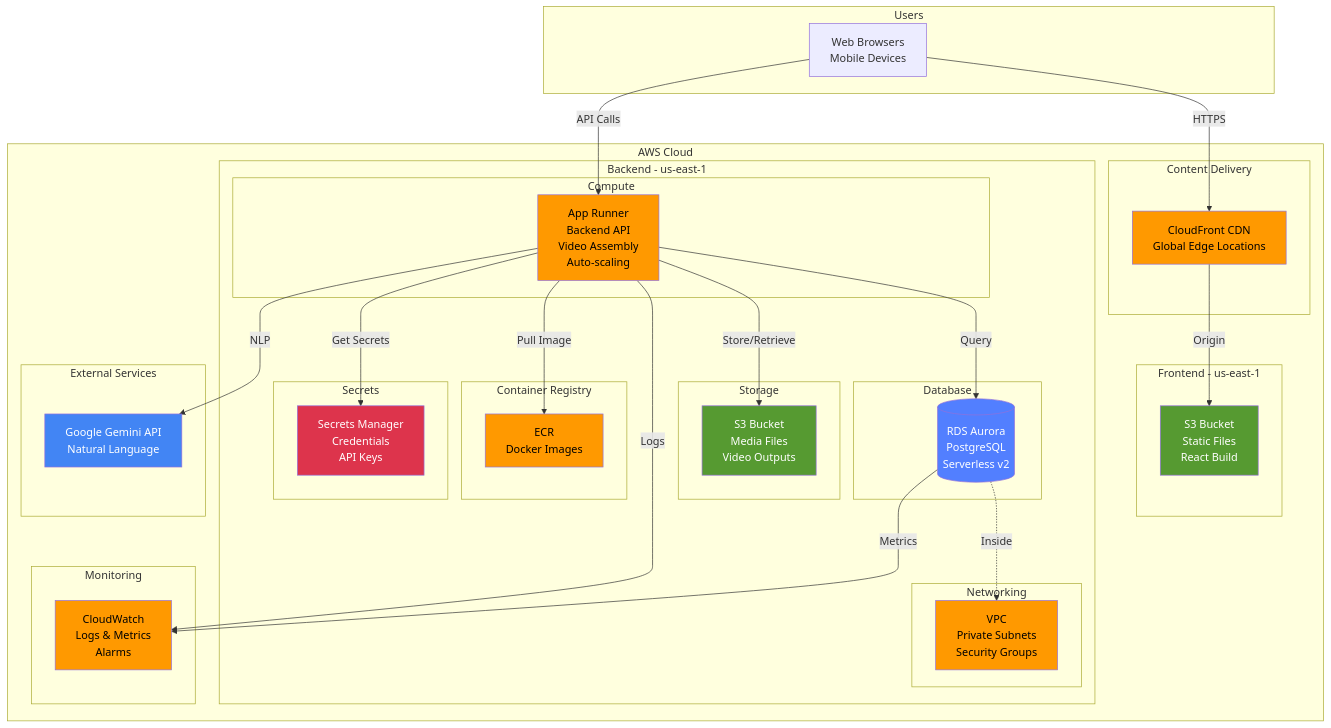
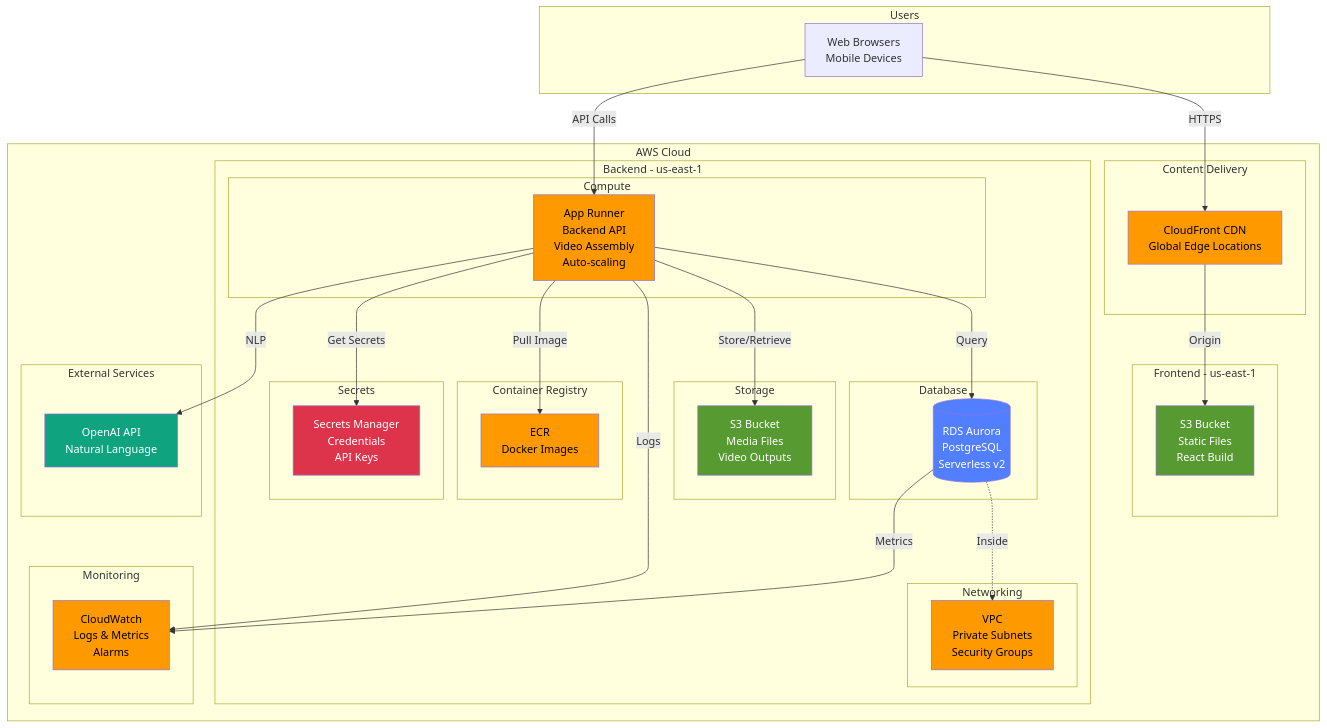
The second of 6 diagrams in ARCHITECTURE.md (erickrex/bachata_buddy), drawn with Mermaid before and after one commit. The commit also changed other lines of this file and 33 other files, not shown here.

````diff
--- a/ARCHITECTURE.md
+++ b/ARCHITECTURE.md
@@ -77,73 +77,73 @@
 ```mermaid
 graph TB
     subgraph "Users"
         U[Web Browsers<br/>Mobile Devices]
     end
     
     subgraph "AWS Cloud"
         subgraph "Content Delivery"
             CF[CloudFront CDN<br/>Global Edge Locations]
         end
         
         subgraph "Frontend - us-east-1"
             S3F[S3 Bucket<br/>Static Files<br/>React Build]
         end
         
         subgraph "Backend - us-east-1"
             subgraph "Compute"
                 AR1[App Runner<br/>Backend API<br/>Video Assembly<br/>Auto-scaling]
             end
             
             subgraph "Storage"
                 S3M[S3 Bucket<br/>Media Files<br/>Video Outputs]
             end
             
             subgraph "Database"
                 RDS[(RDS Aurora<br/>PostgreSQL<br/>Serverless v2)]
             end
             
             subgraph "Container Registry"
                 ECR[ECR<br/>Docker Images]
             end
             
             subgraph "Secrets"
                 SM[Secrets Manager<br/>Credentials<br/>API Keys]
             end
             
             subgraph "Networking"
                 VPC[VPC<br/>Private Subnets<br/>Security Groups]
             end
         end
         
         subgraph "Monitoring"
             CW[CloudWatch<br/>Logs & Metrics<br/>Alarms]
         end
         
         subgraph "External Services"
-            GEMINI[Google Gemini API<br/>Natural Language]
+            OPENAI[OpenAI API<br/>Natural Language]
         end
     end
     
     U -->|HTTPS| CF
     CF -->|Origin| S3F
     U -->|API Calls| AR1
     AR1 -->|Query| RDS
     AR1 -->|Store/Retrieve| S3M
     AR1 -->|Pull Image| ECR
     AR1 -->|Get Secrets| SM
     RDS -.->|Inside| VPC
-    AR1 -->|NLP| GEMINI
+    AR1 -->|NLP| OPENAI
     AR1 -->|Logs| CW
     RDS -->|Metrics| CW
     
     style CF fill:#ff9900,color:#000
     style S3F fill:#569a31,color:#fff
     style S3M fill:#569a31,color:#fff
     style AR1 fill:#ff9900,color:#000
     style RDS fill:#527fff,color:#fff
     style ECR fill:#ff9900,color:#000
     style SM fill:#dd344c,color:#fff
     style VPC fill:#ff9900,color:#000
     style CW fill:#ff9900,color:#000
-    style GEMINI fill:#4285f4,color:#fff
+    style OPENAI fill:#10a37f,color:#fff
 ```
````
